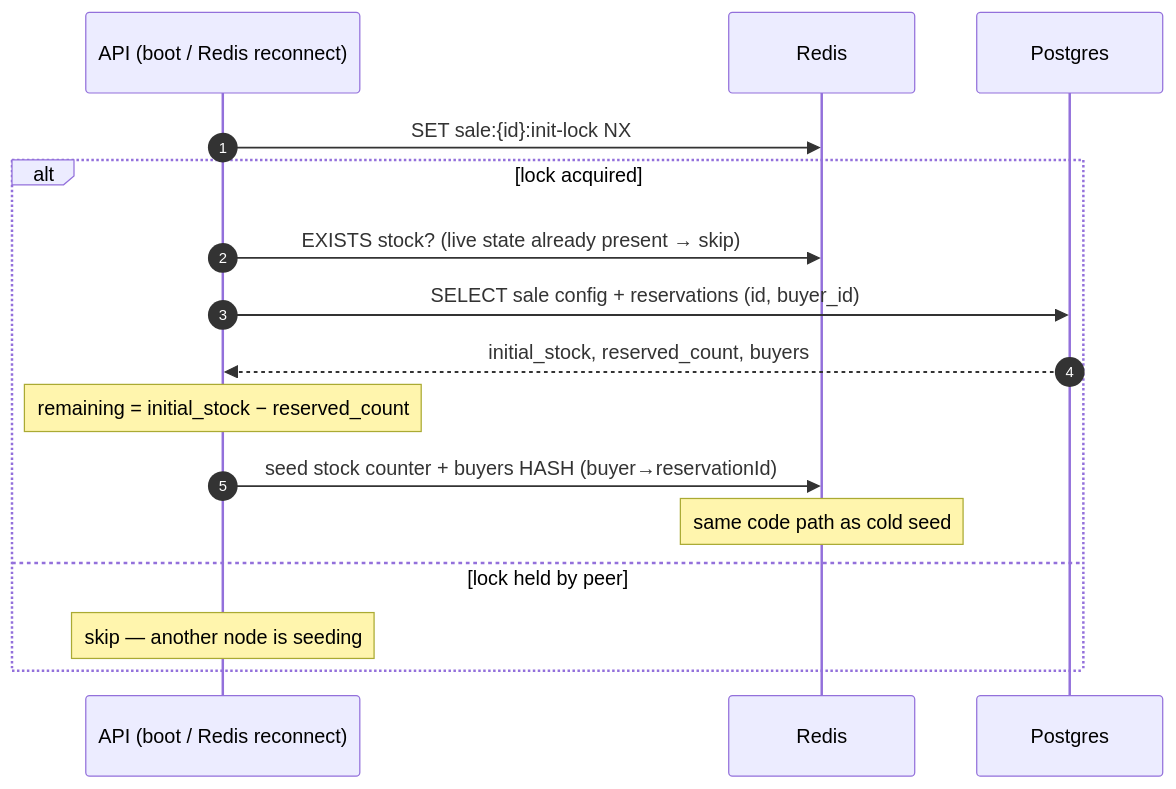
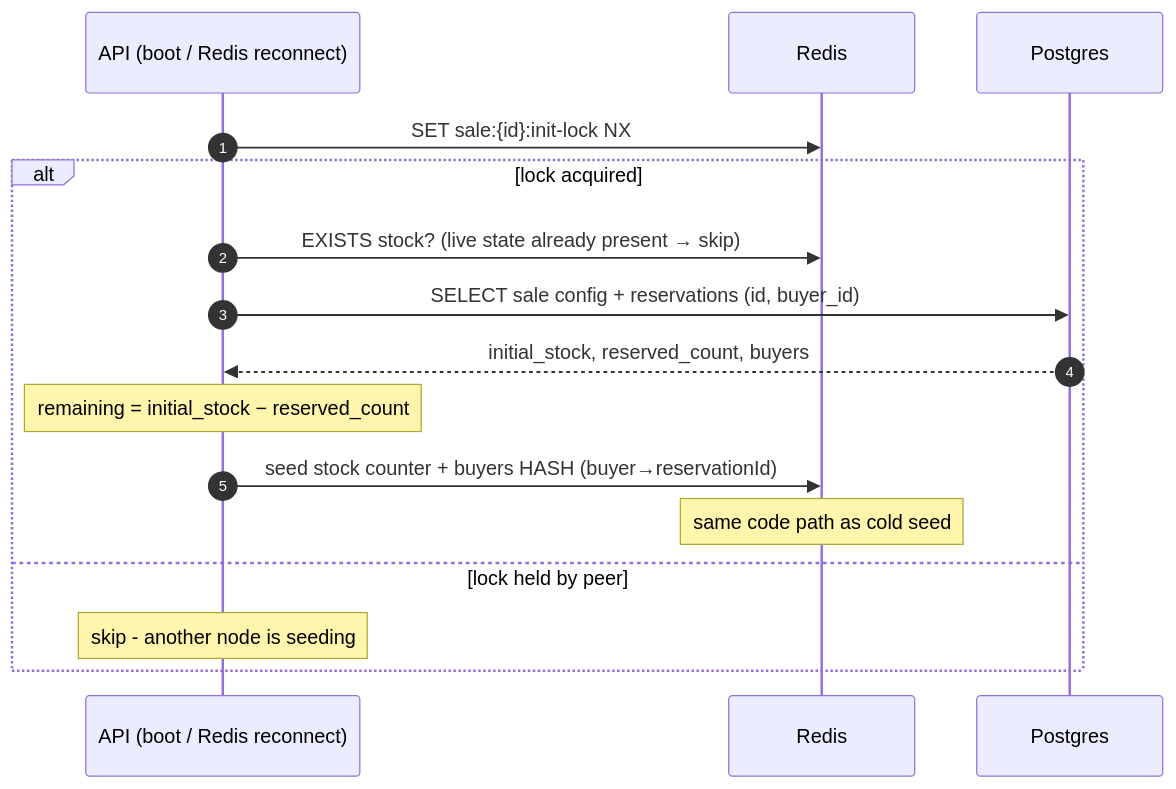
One commit to jayaregalinada/rush-sale-monorepo changed the fourth of 4 diagrams in docs/architecture.md. Above: the diagram before and after it, drawn with Mermaid. The commit also changed other lines of this file and 8 other files, not shown here.

````diff
--- a/docs/architecture.md
+++ b/docs/architecture.md
@@ -134,19 +134,19 @@
 ```mermaid
 sequenceDiagram
     autonumber
     participant A as API (boot / Redis reconnect)
     participant R as Redis
     participant P as Postgres
 
     A->>R: SET sale:{id}:init-lock NX
     alt lock acquired
         A->>R: EXISTS stock? (live state already present → skip)
         A->>P: SELECT sale config + reservations (id, buyer_id)
         P-->>A: initial_stock, reserved_count, buyers
         Note over A: remaining = initial_stock − reserved_count
         A->>R: seed stock counter + buyers HASH (buyer→reservationId)
         Note over R: same code path as cold seed
     else lock held by peer
-        Note over A: skip — another node is seeding
+        Note over A: skip - another node is seeding
     end
 ```
````
